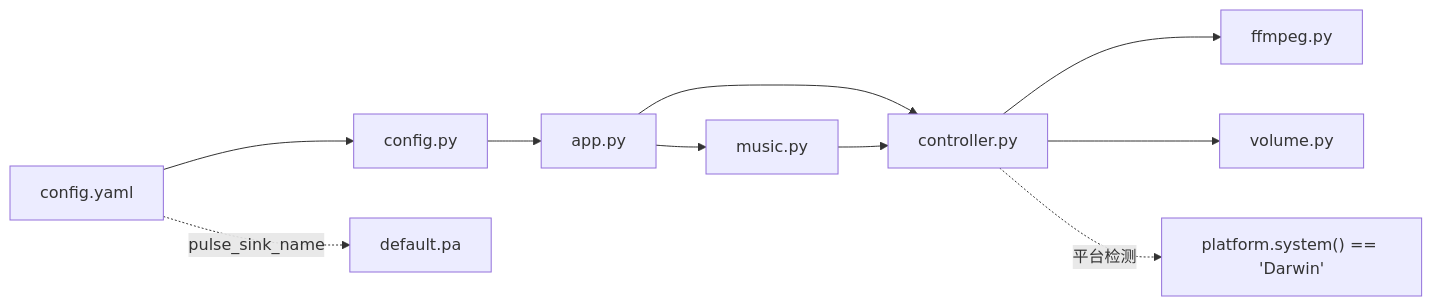
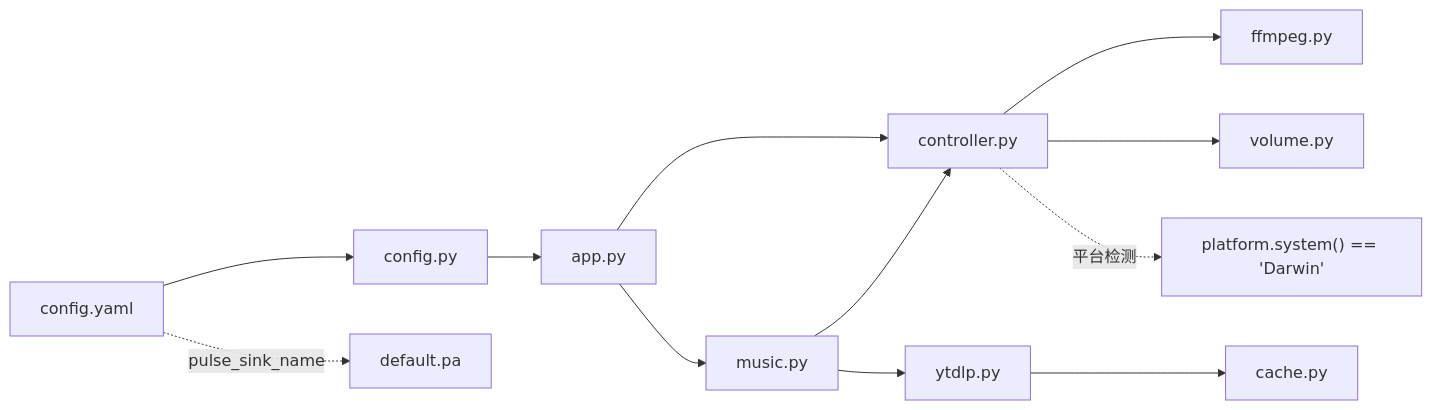
One commit to GhoulOwl/Teamspeak3_Bot changed the ninth of 9 diagrams in .qoder/repowiki/zh/content/音乐播放系统/音频控制器.md. Above: the diagram before and after it, drawn with Mermaid. The commit also changed other lines of this file and 5 other files, not shown here.

````diff
--- a/.qoder/repowiki/zh/content/音乐播放系统/音频控制器.md
+++ b/.qoder/repowiki/zh/content/音乐播放系统/音频控制器.md
@@ -412,12 +491,14 @@
 ```mermaid
 graph LR
 CFG["config.py"] --> APP["app.py"]
 YAML["config.yaml"] --> CFG
 APP --> AC["controller.py"]
 AC --> FFM["ffmpeg.py"]
 AC --> VOL["volume.py"]
 APP --> CMD["music.py"]
 CMD --> AC
+CMD --> YTDL["ytdlp.py"]
+YTDL --> CACHE["cache.py"]
 AC -.->|"平台检测"| PLATFORM["platform.system() == 'Darwin'"]
 YAML -.->|"pulse_sink_name"| PA["default.pa"]
 ```
````
